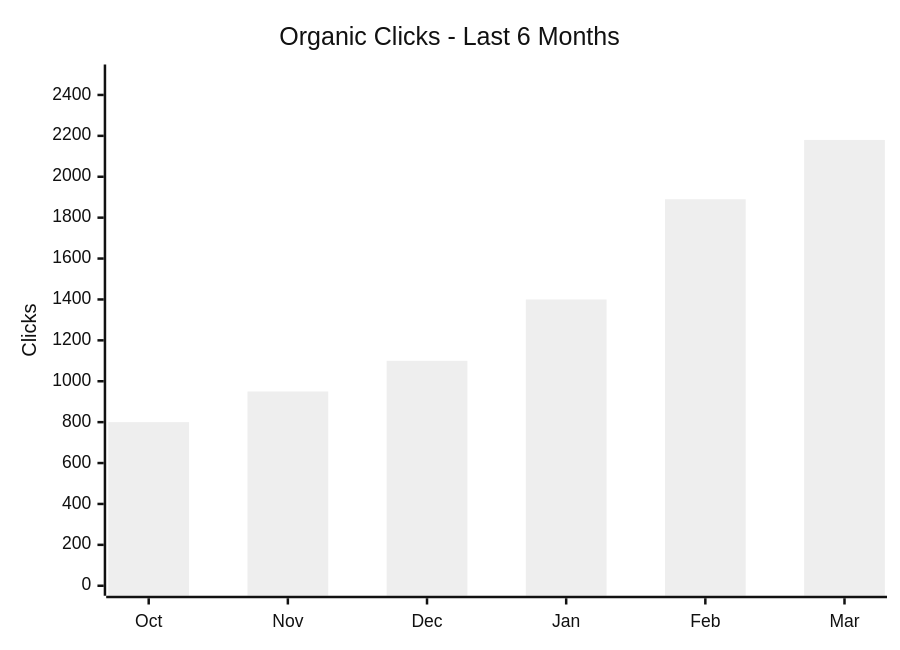
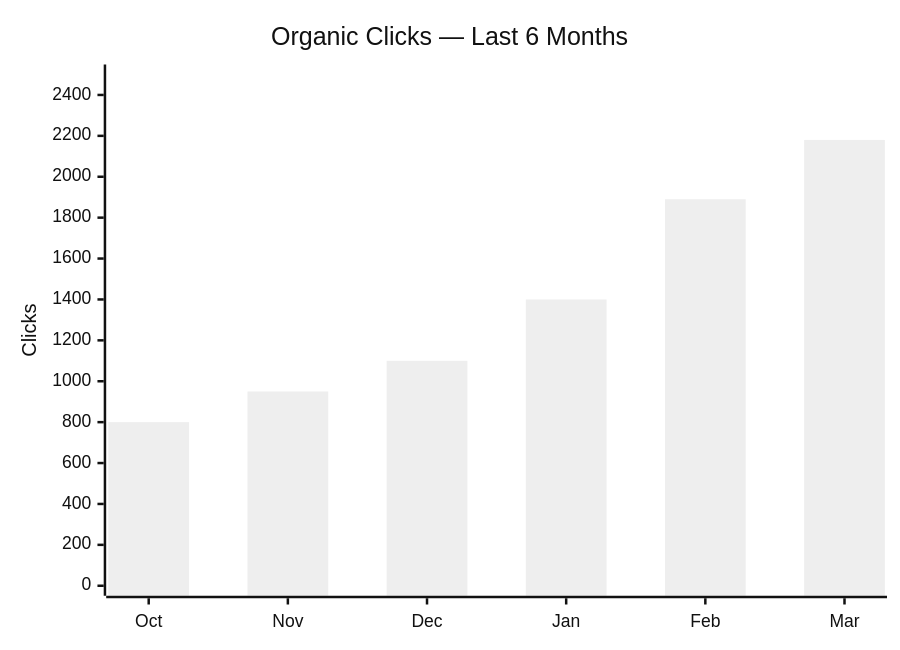
One commit to clarkemoyer/technologyadoptionbarriers.org changed the first of 3 diagrams in docs/seo/seo-dashboard-2026-03.md. Above: the diagram before and after it, drawn with Mermaid (neutral theme). The commit also changed other lines of this file and 287 other files, not shown here.

````diff
--- a/docs/seo/seo-dashboard-2026-03.md
+++ b/docs/seo/seo-dashboard-2026-03.md
@@ -141,7 +141,7 @@
 ```mermaid
 xychart-beta
-  title "Organic Clicks - Last 6 Months"
+  title "Organic Clicks — Last 6 Months"
   x-axis ["Oct", "Nov", "Dec", "Jan", "Feb", "Mar"]
   y-axis "Clicks" 0 --> 2500
   bar [800, 950, 1100, 1400, 1890, 2180]
 ```
````
